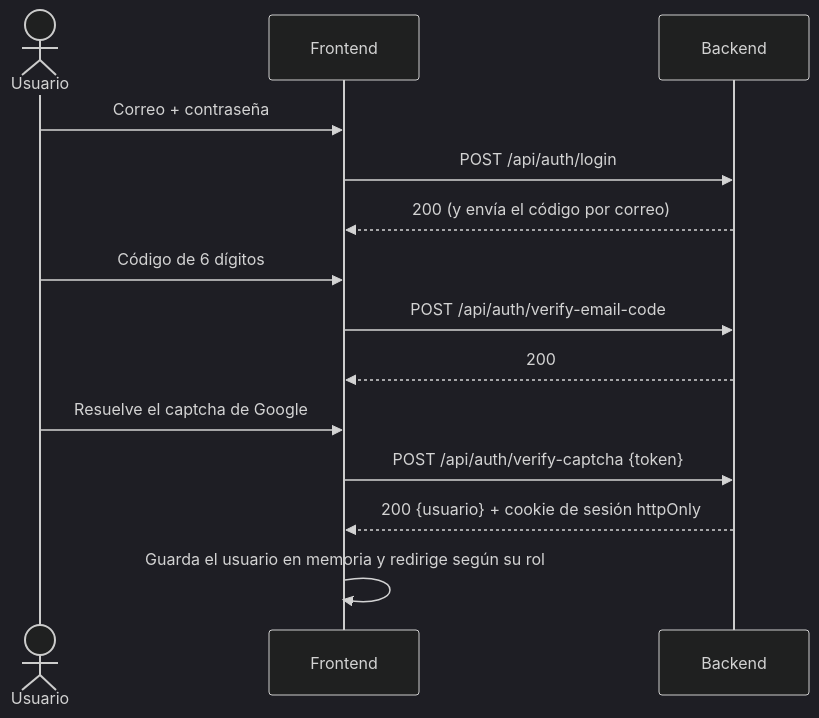
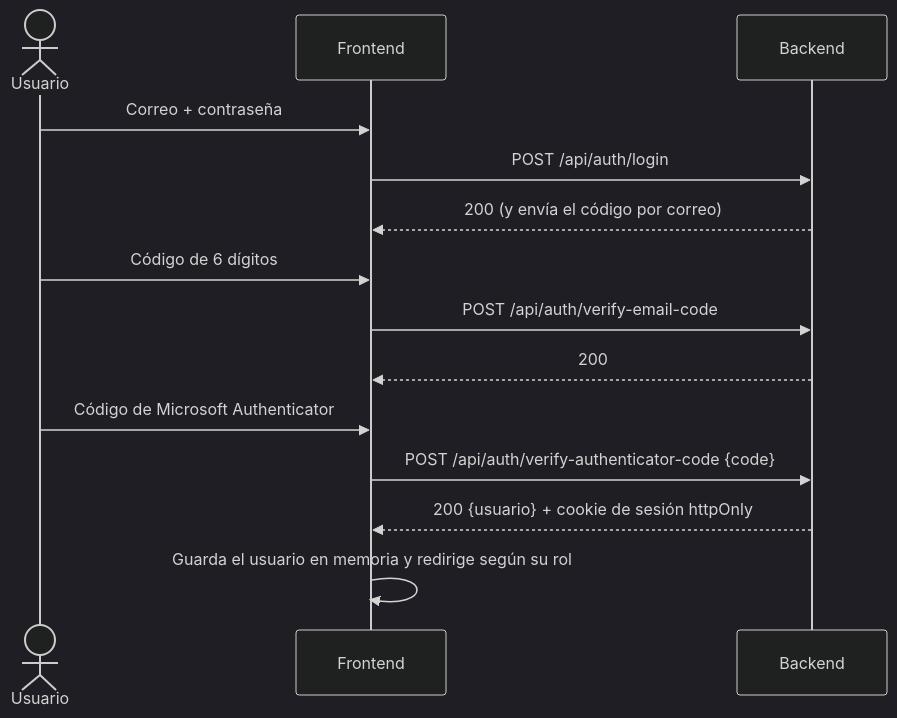
The diagram in frontend/docs/hu2-login.md (ESIBuy-2026-2027/ESIBuy-Mantenimiento), drawn with Mermaid (dark theme) before and after one commit. The commit also changed other lines of this file and 1 other file, not shown here.

Commit message:
docs(front): actualiza la documentación del login con Microsoft Authenticator

````diff
--- a/frontend/docs/hu2-login.md
+++ b/frontend/docs/hu2-login.md
@@ -31,17 +31,17 @@
 ```mermaid
 sequenceDiagram
     actor U as Usuario
     participant F as Frontend
     participant B as Backend
 
     U->>F: Correo + contraseña
     F->>B: POST /api/auth/login
     B-->>F: 200 (y envía el código por correo)
     U->>F: Código de 6 dígitos
     F->>B: POST /api/auth/verify-email-code
     B-->>F: 200
-    U->>F: Resuelve el captcha de Google
-    F->>B: POST /api/auth/verify-captcha {token}
+    U->>F: Código de Microsoft Authenticator
+    F->>B: POST /api/auth/verify-authenticator-code {code}
     B-->>F: 200 {usuario} + cookie de sesión httpOnly
     F->>F: Guarda el usuario en memoria y redirige según su rol
 ```
````
